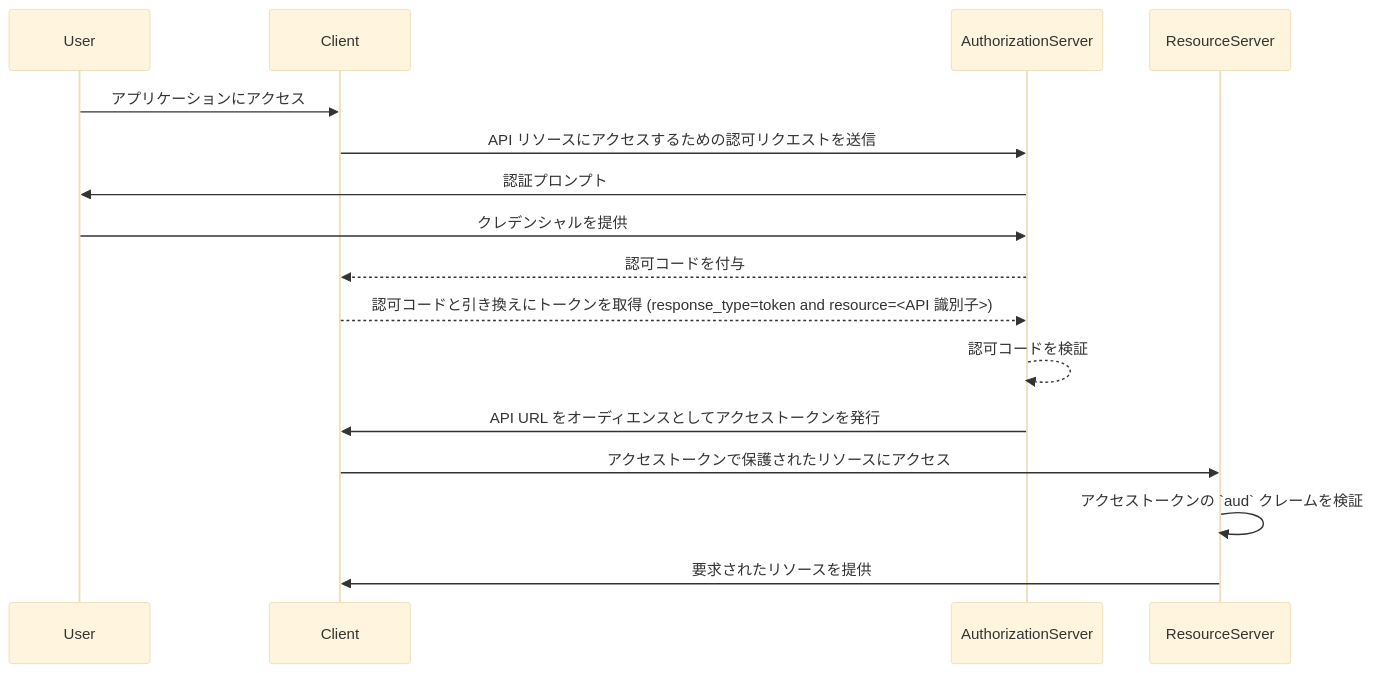
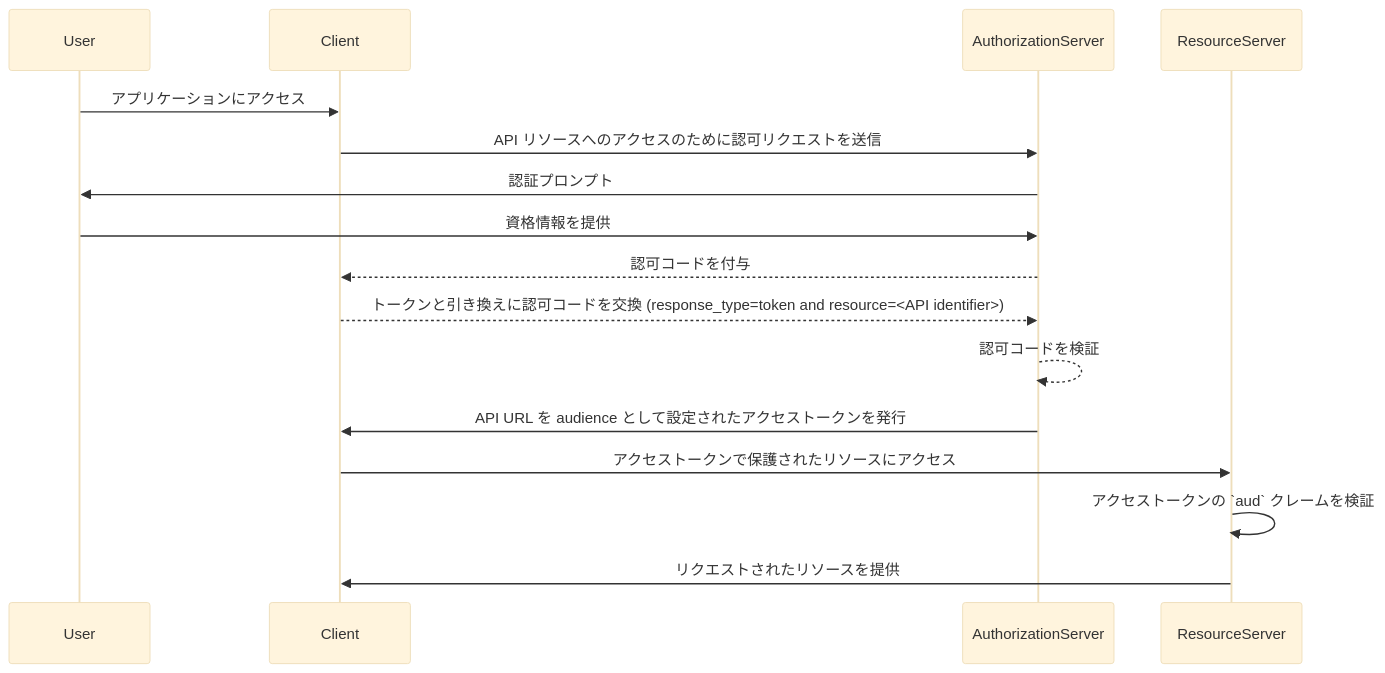
The second of 2 diagrams in src/content/terms/ja/audience.mdx (logto-io/auth-wiki), drawn with Mermaid (base theme) before and after one commit. The commit also changed other lines of this file and 48 other files, not shown here.

````diff
--- a/src/content/terms/ja/audience.mdx
+++ b/src/content/terms/ja/audience.mdx
@@ -93,19 +93,19 @@
 ```mermaid
 sequenceDiagram
     participant User
     participant Client
     participant AuthorizationServer
     participant ResourceServer
 
     User->>Client: アプリケーションにアクセス
-    Client->>AuthorizationServer: API リソースにアクセスするための認可リクエストを送信
+    Client->>AuthorizationServer: API リソースへのアクセスのために認可リクエストを送信
     AuthorizationServer->>User: 認証プロンプト
-    User->>AuthorizationServer: クレデンシャルを提供
+    User->>AuthorizationServer: 資格情報を提供
     AuthorizationServer-->>Client: 認可コードを付与
-    Client-->>AuthorizationServer: 認可コードと引き換えにトークンを取得 (response_type=token and resource=<API 識別子>)
+    Client-->>AuthorizationServer: トークンと引き換えに認可コードを交換 (response_type=token and resource=<API identifier>)
     AuthorizationServer-->>AuthorizationServer: 認可コードを検証
-    AuthorizationServer->>Client: API URL をオーディエンスとしてアクセストークンを発行
+    AuthorizationServer->>Client: API URL を audience として設定されたアクセストークンを発行
     Client->>ResourceServer: アクセストークンで保護されたリソースにアクセス
     ResourceServer->>ResourceServer: アクセストークンの `aud` クレームを検証
-    ResourceServer->>Client: 要求されたリソースを提供
+    ResourceServer->>Client: リクエストされたリソースを提供
 ```
````
